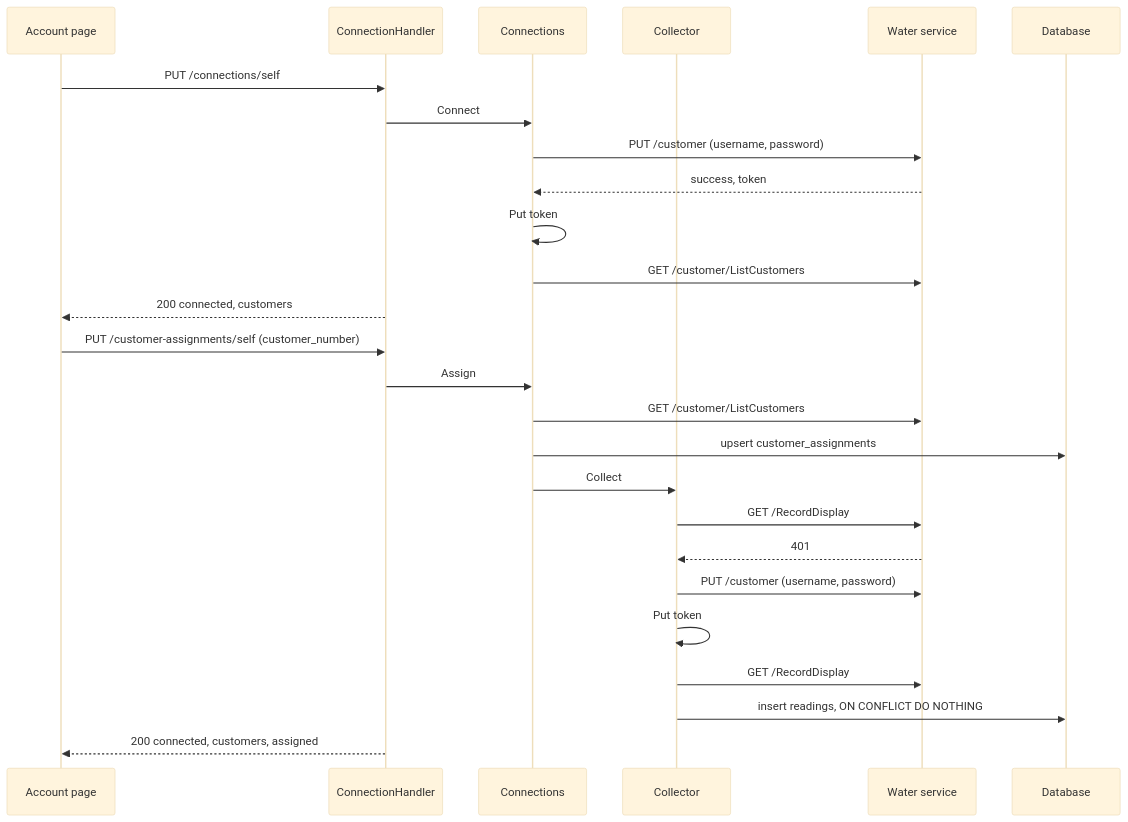
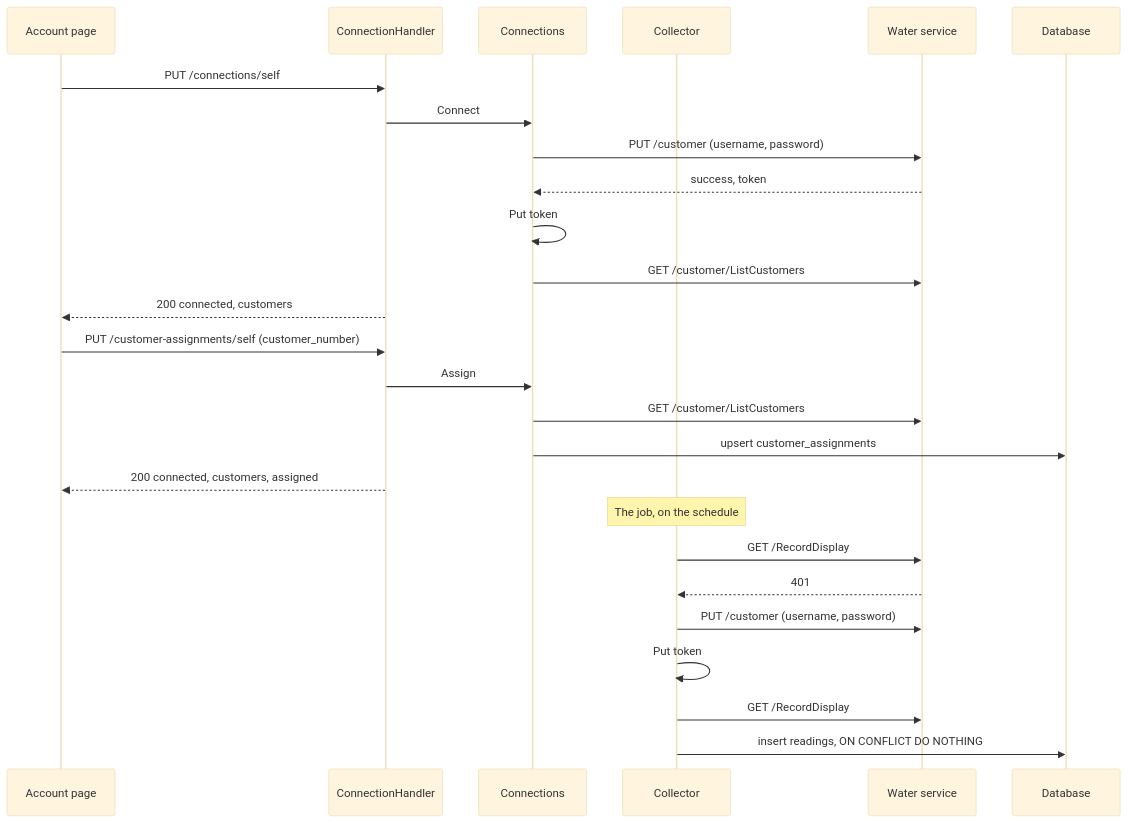
Before and after one commit to ABGEO/maroid: the diagram in specs/features/gwpacc/spec.md, drawn with Mermaid (base theme). The commit also changed other lines of this file and 8 other files, not shown here.

Commit message:
feat(gwp): collect the readings on the schedule alone

````diff
--- a/specs/features/gwpacc/spec.md
+++ b/specs/features/gwpacc/spec.md
@@ -256,28 +255,28 @@
 ```mermaid
 sequenceDiagram
     participant U as Account page
     participant H as ConnectionHandler
     participant C as Connections
     participant K as Collector
     participant W as Water service
     participant D as Database
     U->>H: PUT /connections/self
     H->>C: Connect
     C->>W: PUT /customer (username, password)
     W-->>C: success, token
     C->>C: Put token
     C->>W: GET /customer/ListCustomers
     H-->>U: 200 connected, customers
     U->>H: PUT /customer-assignments/self (customer_number)
     H->>C: Assign
     C->>W: GET /customer/ListCustomers
     C->>D: upsert customer_assignments
-    C->>K: Collect
+    H-->>U: 200 connected, customers, assigned
+    Note over K: The job, on the schedule
     K->>W: GET /RecordDisplay
     W-->>K: 401
     K->>W: PUT /customer (username, password)
     K->>K: Put token
     K->>W: GET /RecordDisplay
     K->>D: insert readings, ON CONFLICT DO NOTHING
-    H-->>U: 200 connected, customers, assigned
 ```
````
